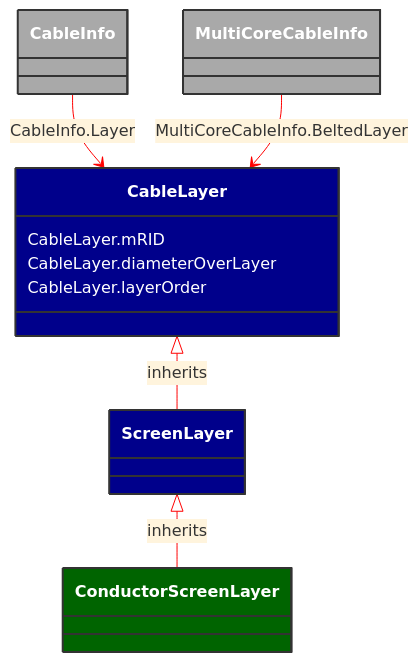
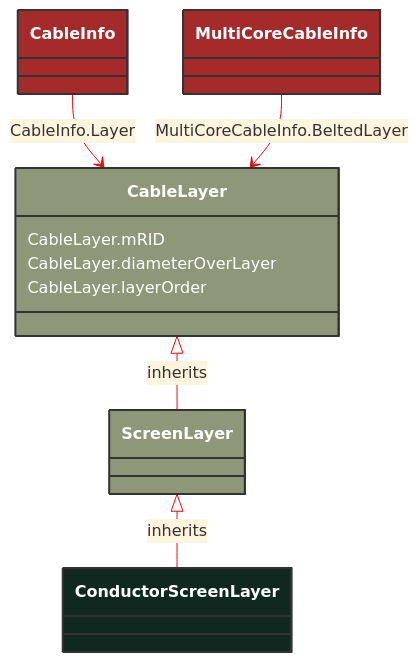
One commit to 3lbits/NoCIMExtensions changed the diagram in docs/Models/Profiles/SubseaCableInfo/ConcreteClasses/ConductorScreenLayer.md. Above: the diagram before and after it, drawn with Mermaid. The commit also changed 190 other files, not shown here.

````diff
--- a/docs/Models/Profiles/SubseaCableInfo/ConcreteClasses/ConductorScreenLayer.md
+++ b/docs/Models/Profiles/SubseaCableInfo/ConcreteClasses/ConductorScreenLayer.md
@@ -8,37 +8,33 @@
 ```mermaid
 %%{init: {'theme':'base','themeVariables': {'lineColor': '#FF0000'}}}%%
 classDiagram
     class ConductorScreenLayer
     click ConductorScreenLayer href "/Models/Profiles/SubseaCableInfo/ConcreteClasses/ConductorScreenLayer/"
-    style ConductorScreenLayer fill:#006400,stroke:#333,stroke-width:2px,rx:10,ry:10,color:white
-
+    style ConductorScreenLayer fill:#102820,stroke:#333,stroke-width:2px,rx:10,ry:10,color:white
+     
         ScreenLayer <|-- ConductorScreenLayer : inherits
             click ScreenLayer href "/Models/Profiles/SubseaCableInfo/ConcreteClasses/ScreenLayer/"
-            style ScreenLayer fill:#00008B,stroke:#333,stroke-width:2px,rx:10,ry:10,color:white
-
-        ConductorScreenLayer
-            click ConductorScreenLayer href "/Models/Profiles/SubseaCableInfo/ConcreteClasses/ConductorScreenLayer/"
-            style ScreenLayer fill:#00008B,stroke:#333,stroke-width:2px,rx:10,ry:10,color:white
-
+            style ScreenLayer fill:#8F9779,stroke:#333,stroke-width:2px,rx:10,ry:10,color:white
+     
         CableLayer <|-- ScreenLayer : inherits
             click CableLayer href "/Models/Profiles/SubseaCableInfo/AbstractClasses/CableLayer/"
-            style CableLayer fill:#00008B,stroke:#333,stroke-width:2px,rx:10,ry:10,color:white
+            style CableLayer fill:#8F9779,stroke:#333,stroke-width:2px,rx:10,ry:10,color:white
 
 
         CableInfo --> CableLayer : CableInfo.Layer
 
         CableInfo
             click CableInfo href "/Models/Profiles/SubseaCableInfo/ConcreteClasses/CableInfo/"
-            style CableInfo fill:#A9A9A9,stroke:#333,stroke-width:2px,rx:10,ry:10,color:white
+            style CableInfo fill:#A52A2A,stroke:#333,stroke-width:2px,rx:10,ry:10,color:white
 
         MultiCoreCableInfo --> CableLayer : MultiCoreCableInfo.BeltedLayer
 
         MultiCoreCableInfo
             click MultiCoreCableInfo href "/Models/Profiles/SubseaCableInfo/ConcreteClasses/MultiCoreCableInfo/"
-            style MultiCoreCableInfo fill:#A9A9A9,stroke:#333,stroke-width:2px,rx:10,ry:10,color:white
+            style MultiCoreCableInfo fill:#A52A2A,stroke:#333,stroke-width:2px,rx:10,ry:10,color:white
 
 
         CableLayer : CableLayer.mRID
         CableLayer : CableLayer.diameterOverLayer
         CableLayer : CableLayer.layerOrder
 ```
````
